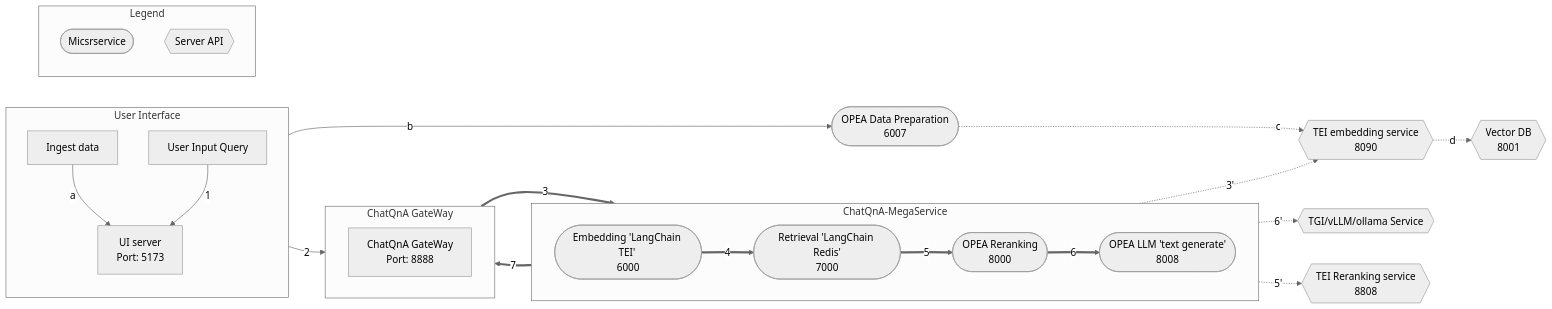
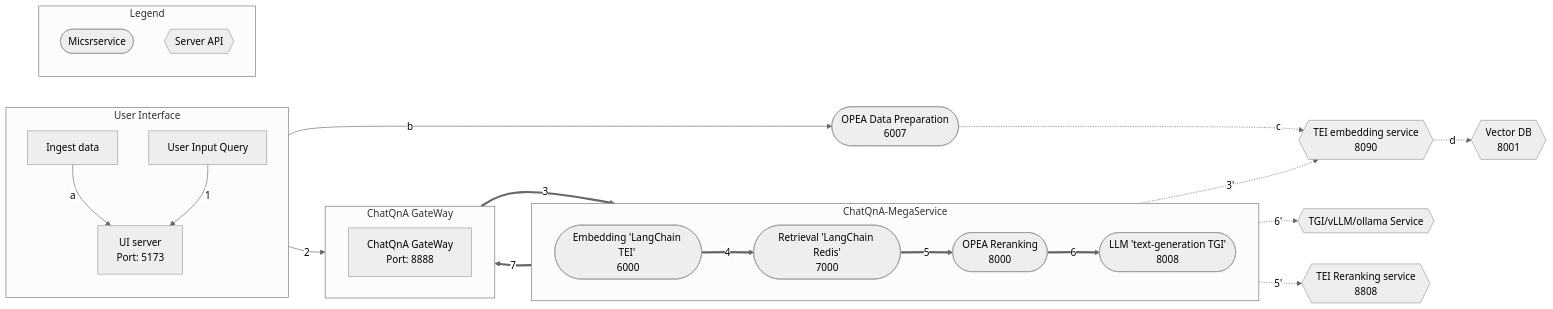
One commit to opea-project/GenAIExamples changed the diagram in ChatQnA/README.md. Above: the diagram before and after it, drawn with Mermaid (neutral theme).

````diff
--- a/ChatQnA/README.md
+++ b/ChatQnA/README.md
@@ -13,63 +13,63 @@
 ```mermaid
 graph LR
     subgraph ChatQnA-MegaService["ChatQnA-MegaService"]
         direction LR
         EM([Embedding 'LangChain TEI' <br>6000])
         RET([Retrieval 'LangChain Redis'<br>7000])
         RER([Rerank 'TEI'<br>8000])
-        LLM([OPEA LLM 'text generate'<br>8008])
+       LLM([LLM 'text-generation TGI'<br>8008])
     end
 
     direction TB
     TEI_EM{{TEI embedding service<br>8090}}
     VDB{{Vector DB<br>8001}}
     %% Vector DB interaction
     TEI_EM -.->|d|VDB
 
     DP([OPEA Data Preparation<br>6007])
     LLM_gen{{TGI/vLLM/ollama Service}}
 
     direction TB
     RER([OPEA Reranking<br>8000])
     TEI_RER{{TEI Reranking service<br>8808}}
 
     subgraph User Interface
         direction TB
         a[User Input Query]
         Ingest[Ingest data]
         UI[UI server<br>Port: 5173]
     end
 
     subgraph ChatQnA GateWay
         direction LR
         GW[ChatQnA GateWay<br>Port: 8888]
     end
 
     %% Data Preparation flow
     %% Ingest data flow
     direction LR
     Ingest[Ingest data] -->|a| UI
     UI -->|b| DP
     DP -.->|c| TEI_EM
 
     %% Questions interaction
     direction LR
     a[User Input Query] -->|1| UI
     UI -->|2| GW
     GW ==>|3| EM
     EM ==>|4| RET
     RET ==>|5| RER
     RER ==>|6| LLM
     LLM ==>|7| GW
 
     %% Embedding service flow
     direction TB
     EM -.->|3'| TEI_EM
     RER -.->|5'| TEI_RER
     LLM -.->|6'| LLM_gen
 
     subgraph Legend
         X([Micsrservice])
         Y{{Server API}}
     end
 ```
````
